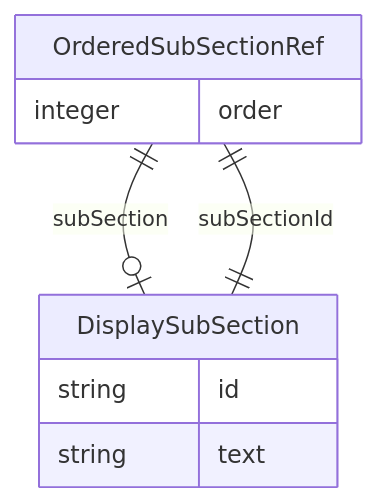
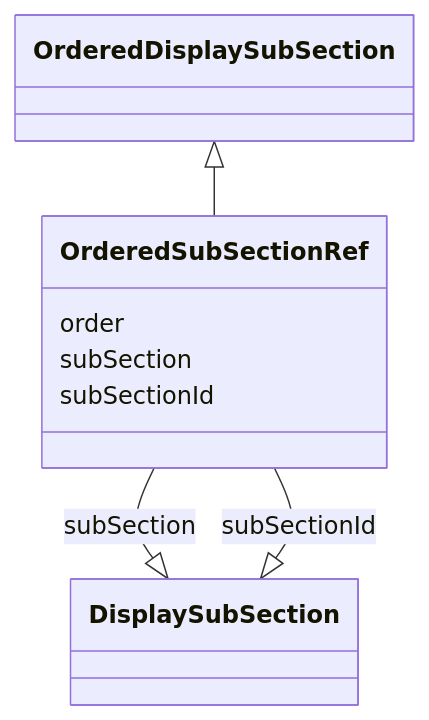
One commit to cdisc-org/analysis-results-standard changed the diagram in project/docs/OrderedSubSectionRef.md. Above: the diagram before and after it, drawn with Mermaid. The commit also changed 256 other files, not shown here.

Commit message:
Documentation diagrams

````diff
--- a/project/docs/OrderedSubSectionRef.md
+++ b/project/docs/OrderedSubSectionRef.md
@@ -13,14 +15,17 @@
 ```mermaid
-erDiagram
-OrderedSubSectionRef {
-    integer order  
-}
-DisplaySubSection {
-    string id  
-    string text  
-}
-
-OrderedSubSectionRef ||--|o DisplaySubSection : "subSection"
-OrderedSubSectionRef ||--|| DisplaySubSection : "subSectionId"
-
+ classDiagram
+    class OrderedSubSectionRef
+      OrderedDisplaySubSection <|-- OrderedSubSectionRef
+      
+      OrderedSubSectionRef : order
+        
+      OrderedSubSectionRef : subSection
+        
+          OrderedSubSectionRef --|> DisplaySubSection : subSection
+        
+      OrderedSubSectionRef : subSectionId
+        
+          OrderedSubSectionRef --|> DisplaySubSection : subSectionId
+        
+      
 ```
````
